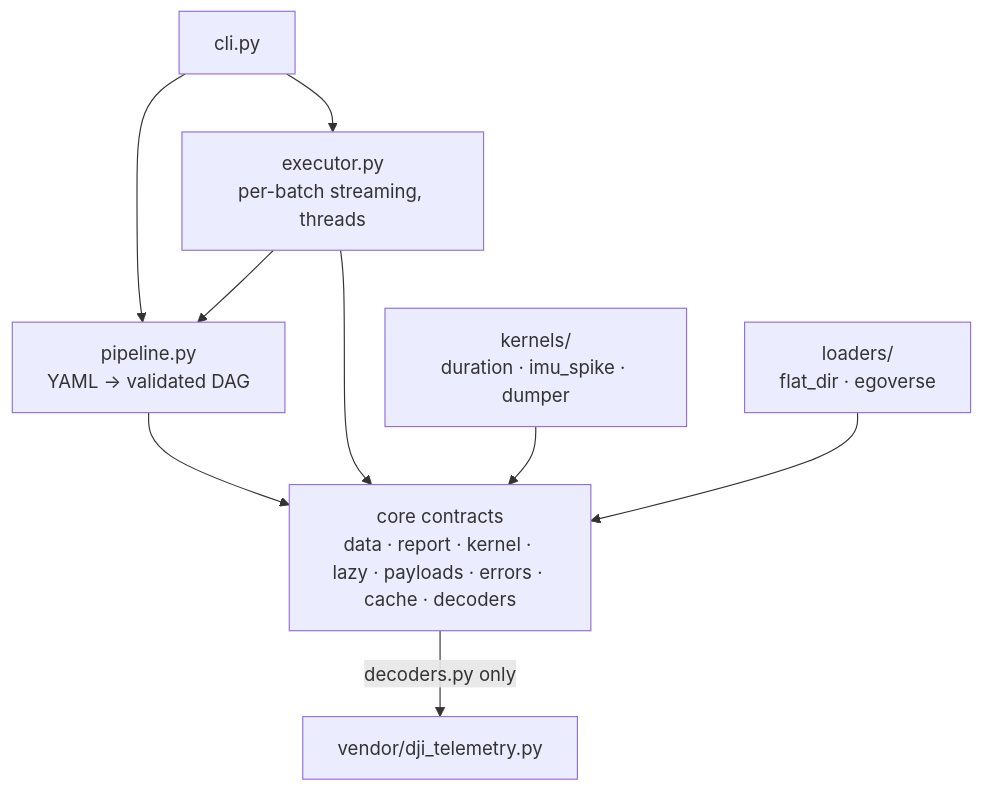
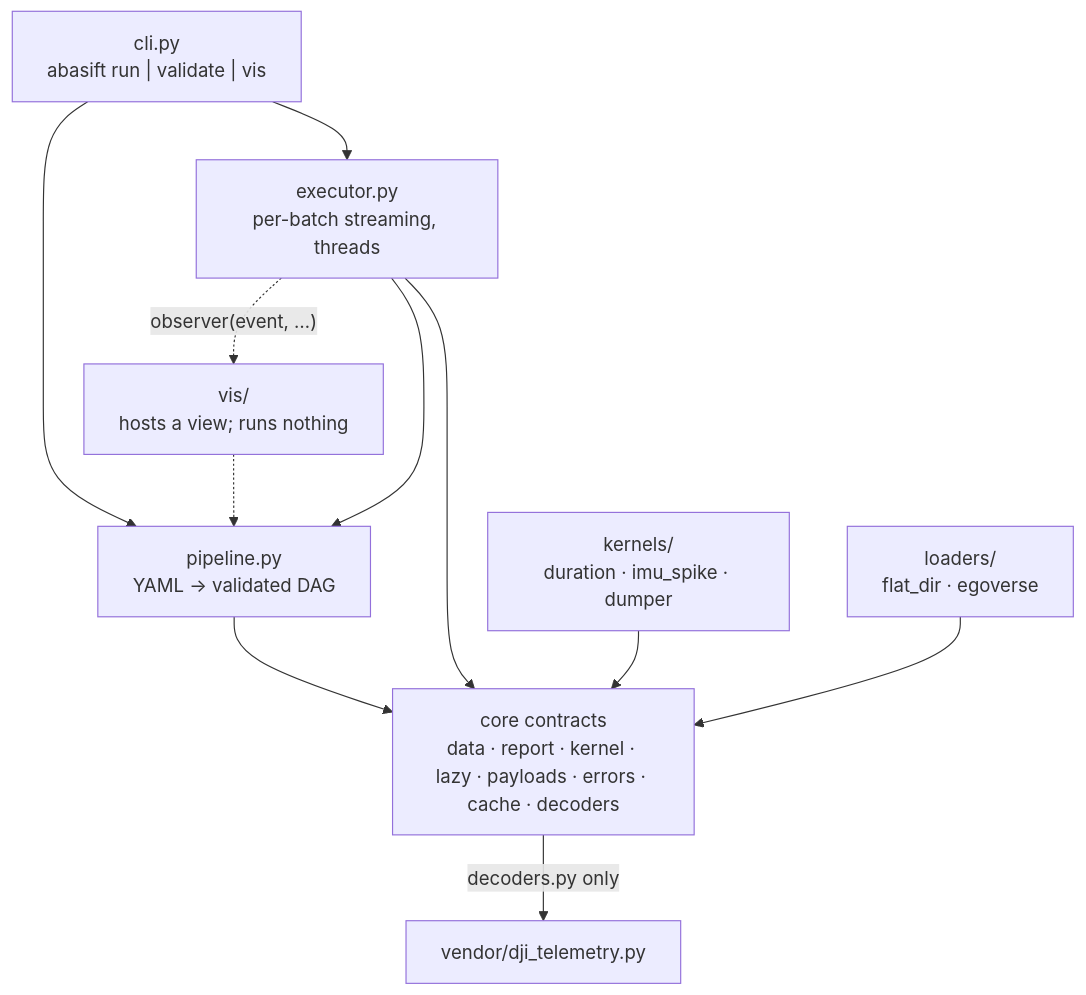
Before and after one commit to Abaka-Skills/AbaSIFT: the first of 6 diagrams in doc/uml/README.md, drawn with Mermaid. The commit also changed other lines of this file and 29 other files, not shown here.

````diff
--- a/doc/uml/README.md
+++ b/doc/uml/README.md
@@ -9,12 +9,14 @@
 ```mermaid
 flowchart TB
-    CLI["cli.py"] --> PIPE["pipeline.py<br/>YAML → validated DAG"]
+    CLI["cli.py<br/>abasift run | validate | vis"] --> PIPE["pipeline.py<br/>YAML → validated DAG"]
     CLI --> EXEC["executor.py<br/>per-batch streaming, threads"]
+    VIS["vis/<br/>hosts a view; runs nothing"] -.-> PIPE
+    EXEC -.->|"observer(event, …)"| VIS
     EXEC --> PIPE
     PIPE --> CORE
     EXEC --> CORE
     KERN["kernels/<br/>duration · imu_spike · dumper"] --> CORE
     LOAD["loaders/<br/>flat_dir · egoverse"] --> CORE
     CORE["core contracts<br/>data · report · kernel · lazy · payloads · errors · cache · decoders"]
     CORE -->|"decoders.py only"| VEND["vendor/dji_telemetry.py"]
 ```
````
